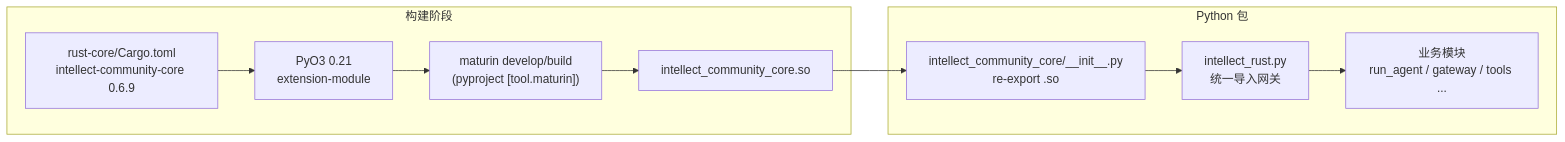
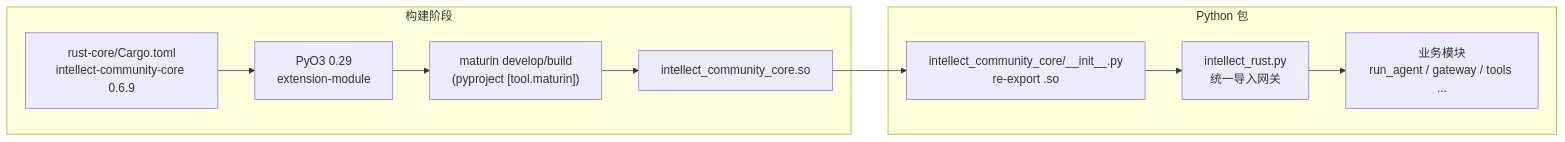
One commit to ontoweb-cn/intellect-agent changed the first of 3 diagrams in docs/architecture/rust-python-interaction.md. Above: the diagram before and after it, drawn with Mermaid. The commit also changed other lines of this file and 1 other file, not shown here.

````diff
--- a/docs/architecture/rust-python-interaction.md
+++ b/docs/architecture/rust-python-interaction.md
@@ -65,18 +65,18 @@
 ```mermaid
 flowchart LR
     subgraph Build["构建阶段"]
         Cargo["rust-core/Cargo.toml\nintellect-community-core 0.6.9"]
-        PyO3["PyO3 0.21\nextension-module"]
+        PyO3["PyO3 0.29\nextension-module"]
         Maturin["maturin develop/build\n(pyproject [tool.maturin])"]
         SO["intellect_community_core.so"]
     end
 
     subgraph PythonPkg["Python 包"]
         Init["intellect_community_core/__init__.py\nre-export .so"]
         Gate["intellect_rust.py\n统一导入网关"]
         App["业务模块\nrun_agent / gateway / tools ..."]
     end
 
     Cargo --> PyO3 --> Maturin --> SO
     SO --> Init --> Gate --> App
 ```
````
